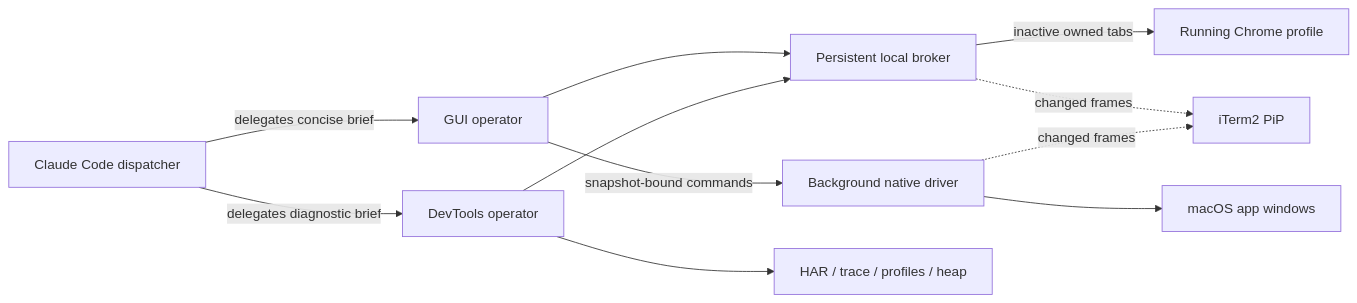
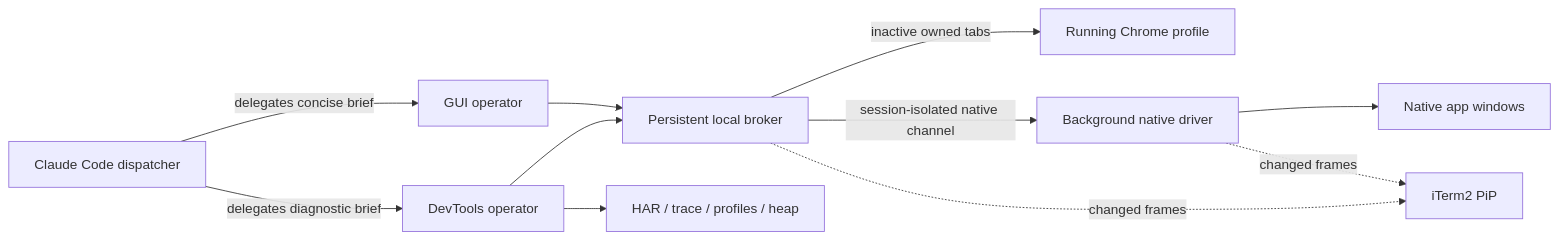
Before and after one commit to anpu-ai-official/open-computer-use: the diagram in README.md, drawn with Mermaid. The commit also changed other lines of this file and 20 other files, not shown here.

Commit message:
Add session-isolated native broker and Linux X11 E2E

````diff
--- a/README.md
+++ b/README.md
@@ -61,13 +64,13 @@
 ```mermaid
 flowchart LR
   C[Claude Code dispatcher] -->|delegates concise brief| G[GUI operator]
   C -->|delegates diagnostic brief| D[DevTools operator]
   G --> B[Persistent local broker]
   D --> B
   B -->|inactive owned tabs| Chrome[Running Chrome profile]
-  G -->|snapshot-bound commands| Driver[Background native driver]
-  Driver --> Apps[macOS app windows]
+  B -->|session-isolated native channel| Driver[Background native driver]
+  Driver --> Apps[Native app windows]
   B -. changed frames .-> PiP[iTerm2 PiP]
   Driver -. changed frames .-> PiP
   D --> Artifacts[HAR / trace / profiles / heap]
 ```
````
